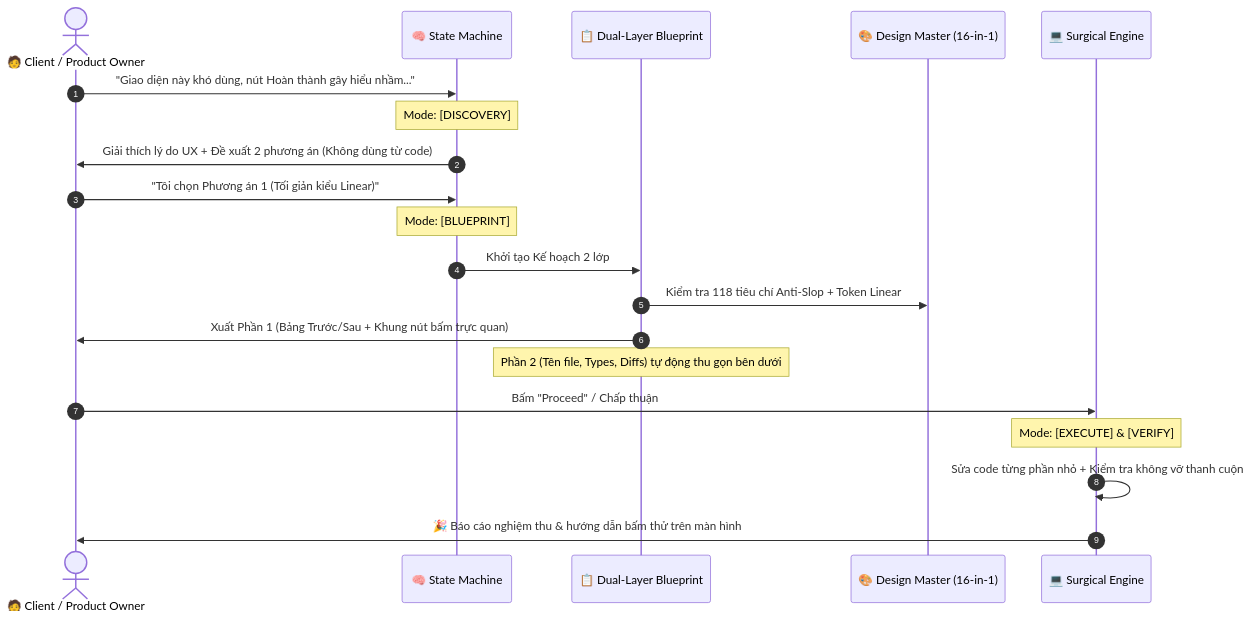
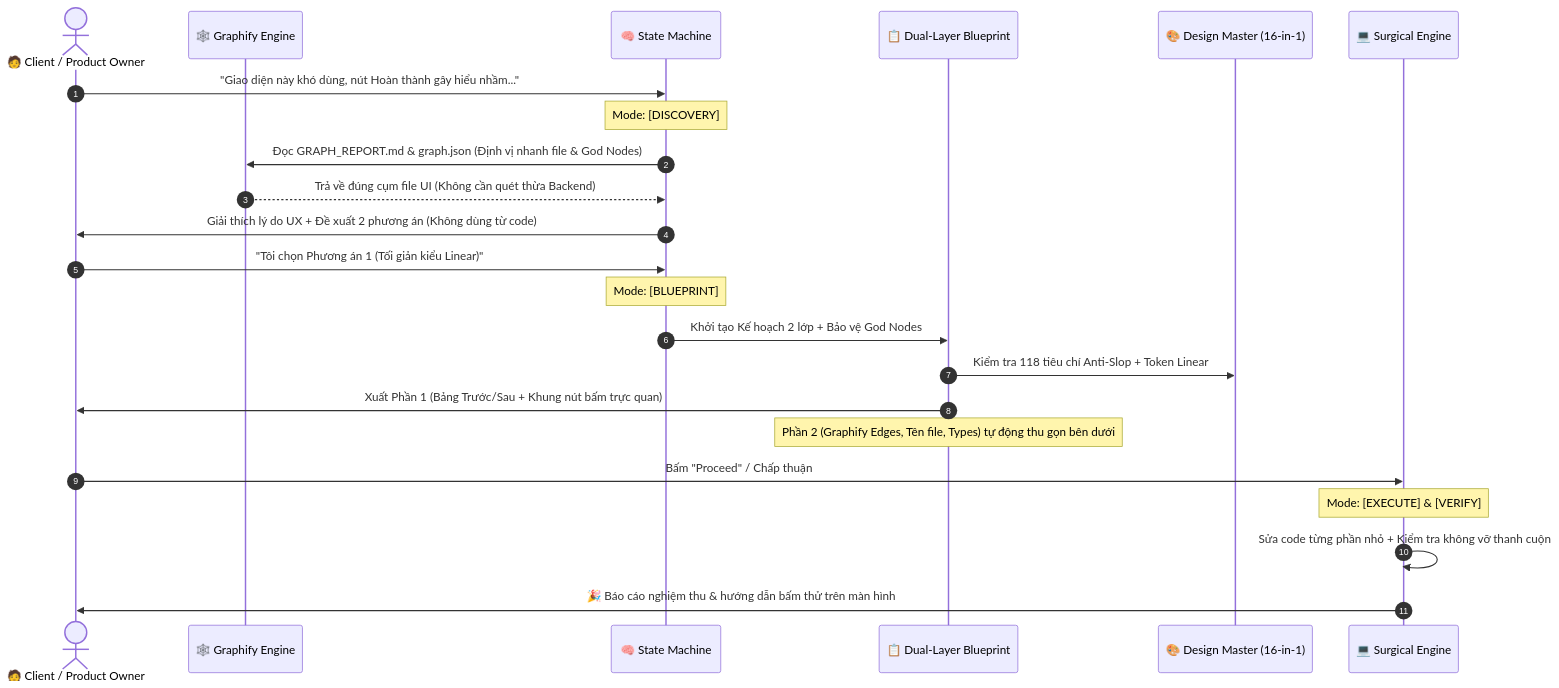
One commit to Skill-AI-private/Strict-architect-coder changed the diagram in README.md. Above: the diagram before and after it, drawn with Mermaid. The commit also changed other lines of this file and 5 other files, not shown here.

Commit message:
feat: integrate Graphify Knowledge Graph Engine (Graphify-Labs/graphify) into strict-architect-coder v3.5 and installer

````diff
--- a/README.md
+++ b/README.md
@@ -169,25 +169,28 @@
 ```mermaid
 sequenceDiagram
     autonumber
     actor User as 🧑 Client / Product Owner
+    participant Graph as 🕸️ Graphify Engine
     participant Router as 🧠 State Machine
     participant Plan as 📋 Dual-Layer Blueprint
     participant UI as 🎨 Design Master (16-in-1)
     participant Exec as 💻 Surgical Engine
 
     User->>Router: "Giao diện này khó dùng, nút Hoàn thành gây hiểu nhầm..."
     Note over Router: Mode: [DISCOVERY]
+    Router->>Graph: Đọc GRAPH_REPORT.md & graph.json (Định vị nhanh file & God Nodes)
+    Graph-->>Router: Trả về đúng cụm file UI (Không cần quét thừa Backend)
     Router->>User: Giải thích lý do UX + Đề xuất 2 phương án (Không dùng từ code)
     User->>Router: "Tôi chọn Phương án 1 (Tối giản kiểu Linear)"
     
     Note over Router: Mode: [BLUEPRINT]
-    Router->>Plan: Khởi tạo Kế hoạch 2 lớp
+    Router->>Plan: Khởi tạo Kế hoạch 2 lớp + Bảo vệ God Nodes
     Plan->>UI: Kiểm tra 118 tiêu chí Anti-Slop + Token Linear
     Plan->>User: Xuất Phần 1 (Bảng Trước/Sau + Khung nút bấm trực quan)
-    Note over Plan: Phần 2 (Tên file, Types, Diffs) tự động thu gọn bên dưới
+    Note over Plan: Phần 2 (Graphify Edges, Tên file, Types) tự động thu gọn bên dưới
 
     User->>Exec: Bấm "Proceed" / Chấp thuận
     Note over Exec: Mode: [EXECUTE] & [VERIFY]
     Exec->>Exec: Sửa code từng phần nhỏ + Kiểm tra không vỡ thanh cuộn
     Exec->>User: 🎉 Báo cáo nghiệm thu & hướng dẫn bấm thử trên màn hình
 ```
````
